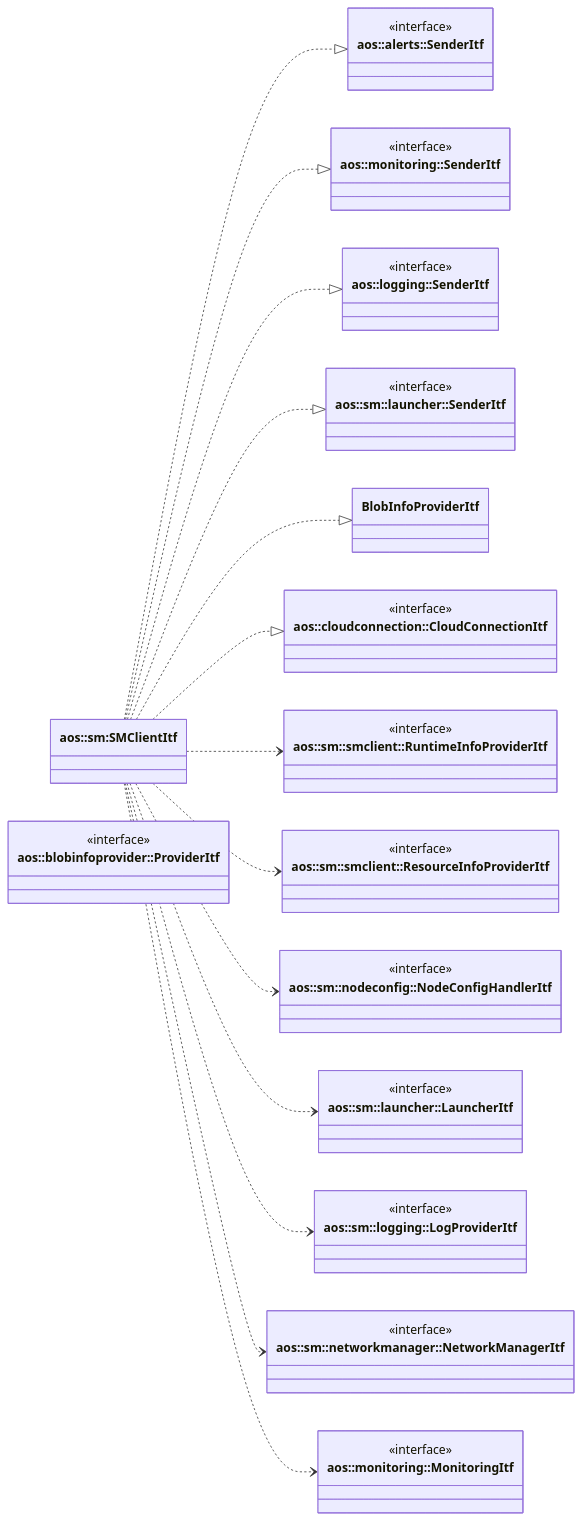
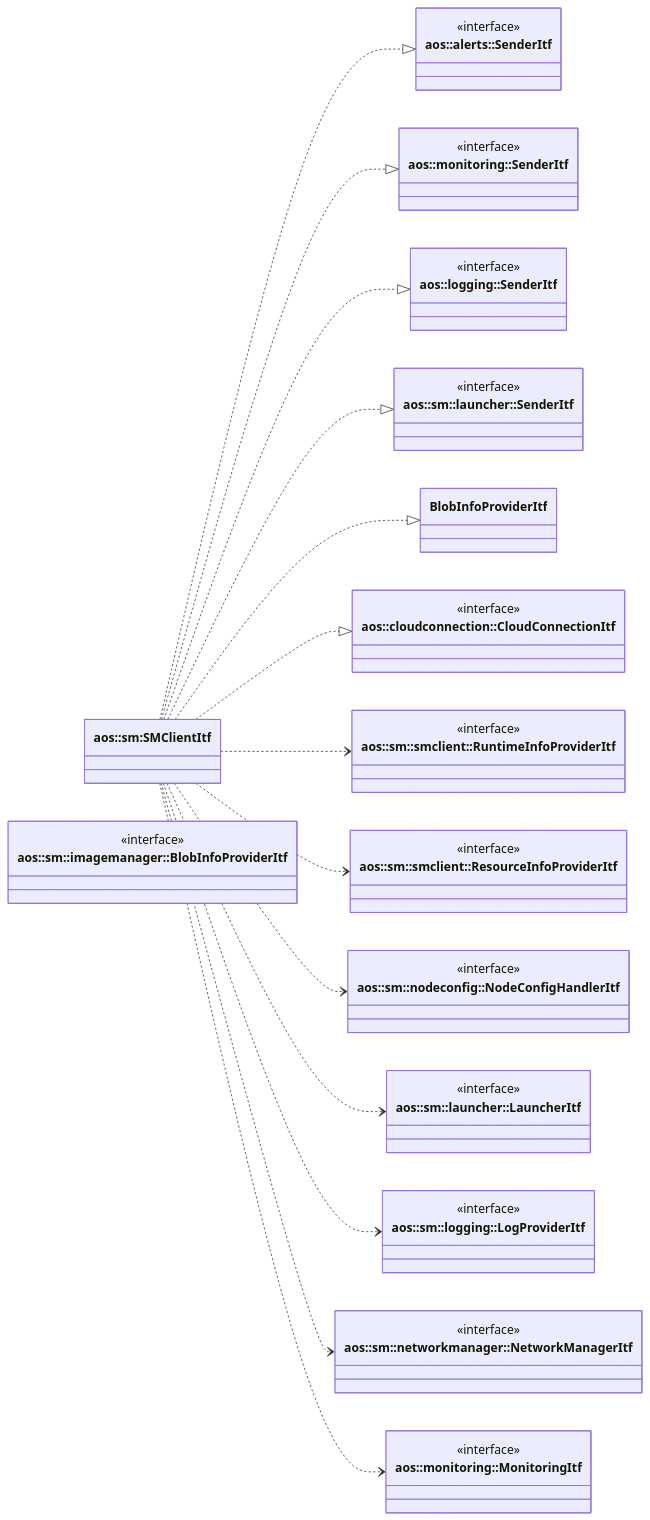
The diagram in src/core/sm/smclient/smclient.md (aosedge/aos_core_lib_cpp), drawn with Mermaid before and after one commit. The commit also changed other lines of this file and 2 other files, not shown here.

Commit message:
sm: smclient: use blob info provider from sm imagemanager

````diff
--- a/src/core/sm/smclient/smclient.md
+++ b/src/core/sm/smclient/smclient.md
@@ -25,74 +25,74 @@
 ```mermaid
 classDiagram
     direction LR
 
     class SMClientItf ["aos::sm:SMClientItf"] {
     }
 
     class AlertsSenderItf ["aos::alerts::SenderItf"] {
         <<interface>>
     }
 
     class MonitoringSenderItf ["aos::monitoring::SenderItf"] {
         <<interface>>
     }
 
     class LoggingSenderItf ["aos::logging::SenderItf"] {
         <<interface>>
     }
 
     class LauncherSenderItf ["aos::sm::launcher::SenderItf"] {
         <<interface>>
     }
 
-    class BlobInfoProviderI ["aos::blobinfoprovider::ProviderItf"] {
+    class BlobInfoProviderI ["aos::sm::imagemanager::BlobInfoProviderItf"] {
         <<interface>>
     }
 
     class CloudConnectionItf ["aos::cloudconnection::CloudConnectionItf"] {
         <<interface>>
     }
 
     class RuntimeInfoProviderItf ["aos::sm::smclient::RuntimeInfoProviderItf"] {
         <<interface>>
     }
 
     class ResourceInfoProviderItf ["aos::sm::smclient::ResourceInfoProviderItf"] {
         <<interface>>
     }
 
     class NodeConfigHandlerItf ["aos::sm::nodeconfig::NodeConfigHandlerItf"] {
         <<interface>>
     }
 
     class LauncherItf ["aos::sm::launcher::LauncherItf"] {
         <<interface>>
     }
 
     class LogProviderItf ["aos::sm::logging::LogProviderItf"] {
         <<interface>>
     }
 
     class NetworkManagerItf ["aos::sm::networkmanager::NetworkManagerItf"] {
         <<interface>>
     }
 
     class MonitoringItf ["aos::monitoring::MonitoringItf"] {
         <<interface>>
     }
 
     SMClientItf ..|> AlertsSenderItf
     SMClientItf ..|> MonitoringSenderItf
     SMClientItf ..|> LoggingSenderItf
     SMClientItf ..|> LauncherSenderItf
     SMClientItf ..|> BlobInfoProviderItf
     SMClientItf ..|> CloudConnectionItf
 
     SMClientItf ..> RuntimeInfoProviderItf
     SMClientItf ..> ResourceInfoProviderItf
     SMClientItf ..> NodeConfigHandlerItf
     SMClientItf ..> LauncherItf
     SMClientItf ..> LogProviderItf
     SMClientItf ..> NetworkManagerItf
     SMClientItf ..> MonitoringItf
 ```
````
